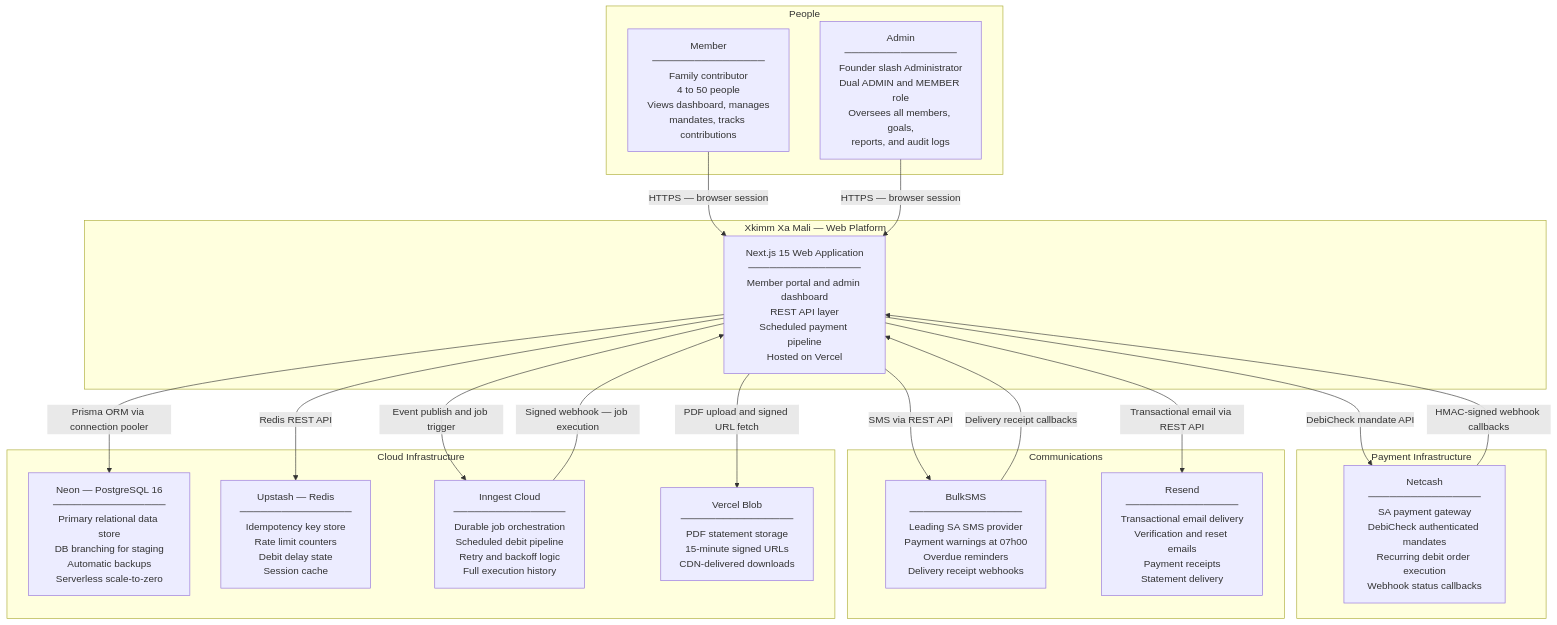
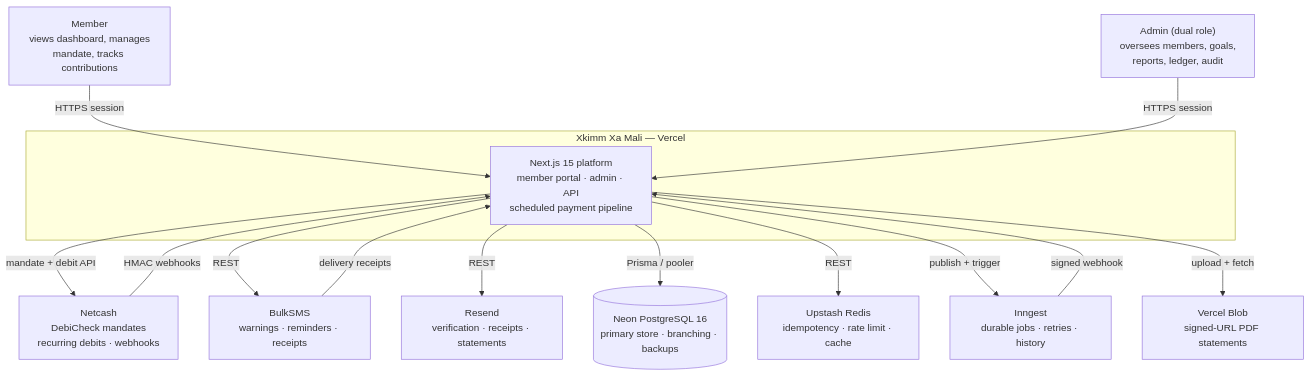
Before and after one commit to KSDRILL-SA/Xkimi-Xa-Mali: the first of 2 diagrams in docs/architecture/01-system-context.md, drawn with Mermaid. The commit also changed other lines of this file and 3 other files, not shown here.

First line of the commit message:
docs: tighten C4 architecture and refresh for phase-3 (#188)

````diff
--- a/docs/architecture/01-system-context.md
+++ b/docs/architecture/01-system-context.md
@@ -31,44 +16,28 @@
 ```mermaid
 flowchart TB
-    subgraph ACTORS["People"]
-        MEMBER["Member\n────────────────\nFamily contributor\n4 to 50 people\nViews dashboard, manages\nmandates, tracks contributions"]
-        ADMIN["Admin\n────────────────\nFounder slash Administrator\nDual ADMIN and MEMBER role\nOversees all members, goals,\nreports, and audit logs"]
+    MEMBER["Member<br/>views dashboard, manages<br/>mandate, tracks contributions"]
+    ADMIN["Admin (dual role)<br/>oversees members, goals,<br/>reports, ledger, audit"]
+
+    subgraph XXM["Xkimm Xa Mali — Vercel"]
+        APP["Next.js 15 platform<br/>member portal · admin · API<br/>scheduled payment pipeline"]
     end
 
-    subgraph XXM["Xkimm Xa Mali — Web Platform"]
-        APP["Next.js 15 Web Application\n────────────────\nMember portal and admin dashboard\nREST API layer\nScheduled payment pipeline\nHosted on Vercel"]
-    end
+    NETCASH["Netcash<br/>DebiCheck mandates<br/>recurring debits · webhooks"]
+    BULKSMS["BulkSMS<br/>warnings · reminders · receipts"]
+    RESEND["Resend<br/>verification · receipts · statements"]
+    NEON[("Neon PostgreSQL 16<br/>primary store · branching · backups")]
+    UPSTASH["Upstash Redis<br/>idempotency · rate limit · cache"]
+    INNGEST["Inngest<br/>durable jobs · retries · history"]
+    BLOB["Vercel Blob<br/>signed-URL PDF statements"]
 
-    subgraph PAYMENT_INFRA["Payment Infrastructure"]
-        NETCASH["Netcash\n────────────────\nSA payment gateway\nDebiCheck authenticated mandates\nRecurring debit order execution\nWebhook status callbacks"]
-    end
-
-    subgraph COMMUNICATIONS["Communications"]
-        BULKSMS["BulkSMS\n────────────────\nLeading SA SMS provider\nPayment warnings at 07h00\nOverdue reminders\nDelivery receipt webhooks"]
-        RESEND["Resend\n────────────────\nTransactional email delivery\nVerification and reset emails\nPayment receipts\nStatement delivery"]
-    end
-
-    subgraph CLOUD["Cloud Infrastructure"]
-        NEON["Neon — PostgreSQL 16\n────────────────\nPrimary relational data store\nDB branching for staging\nAutomatic backups\nServerless scale-to-zero"]
-        UPSTASH["Upstash — Redis\n────────────────\nIdempotency key store\nRate limit counters\nDebit delay state\nSession cache"]
-        INNGEST["Inngest Cloud\n────────────────\nDurable job orchestration\nScheduled debit pipeline\nRetry and backoff logic\nFull execution history"]
-        BLOB["Vercel Blob\n────────────────\nPDF statement storage\n15-minute signed URLs\nCDN-delivered downloads"]
-    end
-
-    MEMBER -->|"HTTPS — browser session"| APP
-    ADMIN -->|"HTTPS — browser session"| APP
-
-    APP -->|"DebiCheck mandate API"| NETCASH
-    NETCASH -->|"HMAC-signed webhook callbacks"| APP
-
-    APP -->|"SMS via REST API"| BULKSMS
-    BULKSMS -->|"Delivery receipt callbacks"| APP
-
-    APP -->|"Transactional email via REST API"| RESEND
-
-    APP -->|"Prisma ORM via connection pooler"| NEON
-    APP -->|"Redis REST API"| UPSTASH
-    APP -->|"Event publish and job trigger"| INNGEST
-    INNGEST -->|"Signed webhook — job execution"| APP
-    APP -->|"PDF upload and signed URL fetch"| BLOB
+    MEMBER & ADMIN -->|HTTPS session| APP
+    APP -->|mandate + debit API| NETCASH
+    NETCASH -->|HMAC webhooks| APP
+    APP -->|REST| BULKSMS & RESEND
+    BULKSMS -->|delivery receipts| APP
+    APP -->|Prisma / pooler| NEON
+    APP -->|REST| UPSTASH
+    APP -->|publish + trigger| INNGEST
+    INNGEST -->|signed webhook| APP
+    APP -->|upload + fetch| BLOB
 ```
````
